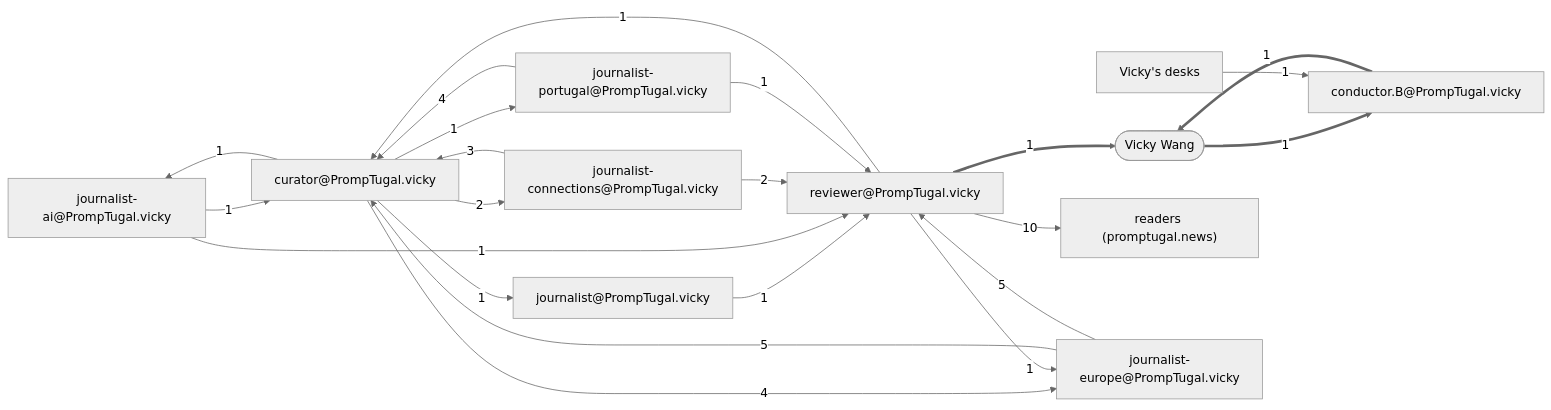
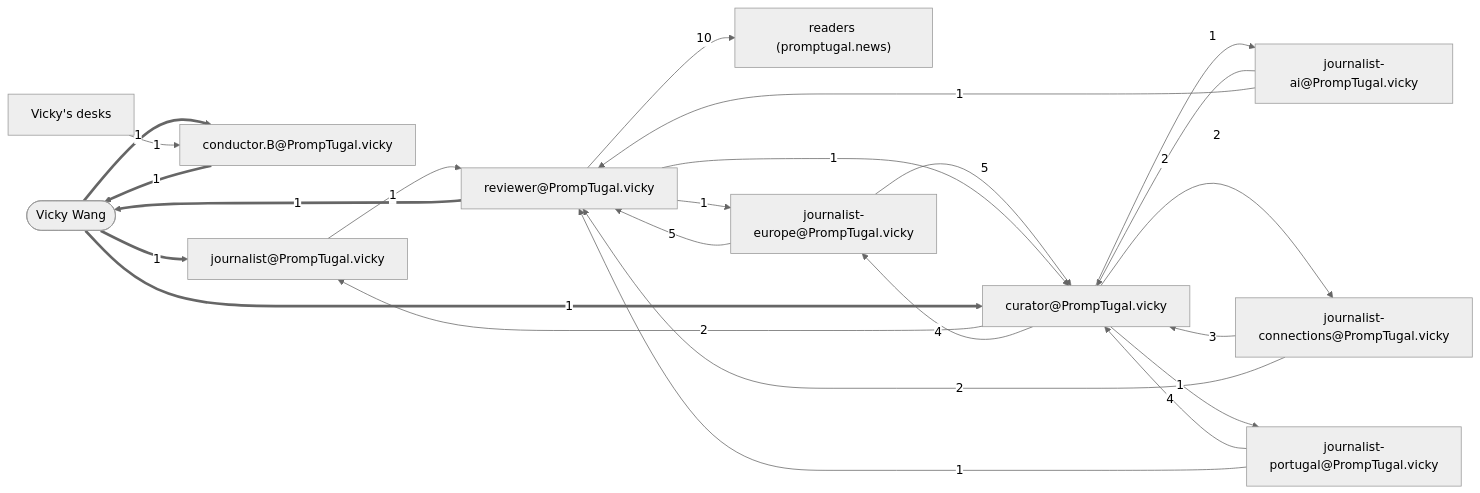
One commit to PrompTugal/PrompTugal__News__Website changed the diagram in board/team/journalist.newsroom/materials/the-discovery/flow.mmd. Above: the diagram before and after it, drawn with Mermaid (neutral theme). The commit also changed 25 other files, not shown here.

```diff
--- a/board/team/journalist.newsroom/materials/the-discovery/flow.mmd
+++ b/board/team/journalist.newsroom/materials/the-discovery/flow.mmd
@@ -1,33 +1,35 @@
 flowchart LR
   A0(["Vicky Wang"])
   A1["conductor.B@PrompTugal.vicky"]
   A2["Vicky's desks"]
   A3["journalist-ai@PrompTugal.vicky"]
   A4["curator@PrompTugal.vicky"]
   A5["journalist@PrompTugal.vicky"]
   A6["reviewer@PrompTugal.vicky"]
   A7["readers (promptugal.news)"]
   A8["journalist-connections@PrompTugal.vicky"]
   A9["journalist-portugal@PrompTugal.vicky"]
   A10["journalist-europe@PrompTugal.vicky"]
   A0 ==>|1| A1
   A2 -->|1| A1
-  A3 -->|1| A4
+  A3 -->|2| A4
   A1 ==>|1| A0
   A4 -->|1| A3
-  A4 -->|1| A5
+  A4 -->|2| A5
   A5 -->|1| A6
   A6 -->|10| A7
   A8 -->|3| A4
   A9 -->|4| A4
   A10 -->|5| A4
   A3 -->|1| A6
   A4 -->|2| A8
   A4 -->|4| A10
   A8 -->|2| A6
   A10 -->|5| A6
   A4 -->|1| A9
   A6 -->|1| A10
   A9 -->|1| A6
   A6 ==>|1| A0
   A6 -->|1| A4
+  A0 ==>|1| A5
+  A0 ==>|1| A4
```
